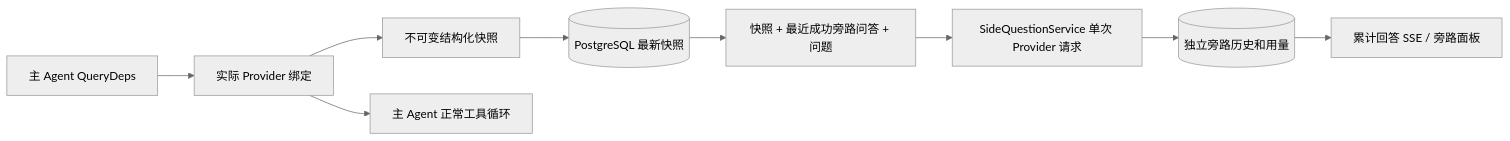
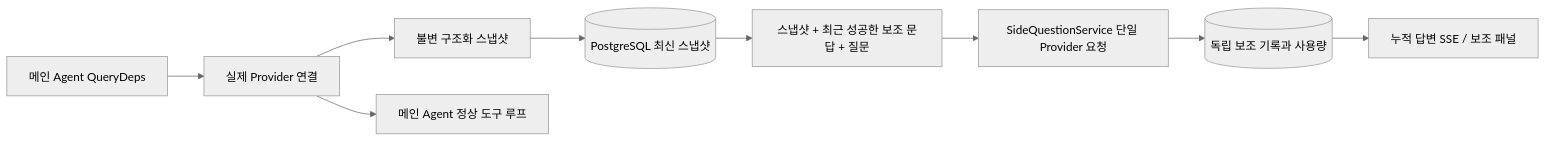
Before and after one commit to machossrc/ARTEX_KR: the diagram in sidequestion/README.md, drawn with Mermaid (neutral theme). The commit also changed other lines of this file and 145 other files, not shown here.

````diff
--- a/sidequestion/README.md
+++ b/sidequestion/README.md
@@ -11,11 +11,11 @@
 ```mermaid
 flowchart LR
-    A[主 Agent QueryDeps] --> B[实际 Provider 绑定]
-    B --> C[不可变结构化快照]
-    B --> D[主 Agent 正常工具循环]
-    C --> E[(PostgreSQL 最新快照)]
-    E --> F[快照 + 最近成功旁路问答 + 问题]
-    F --> G[SideQuestionService 单次 Provider 请求]
-    G --> H[(独立旁路历史和用量)]
-    H --> I[累计回答 SSE / 旁路面板]
+    A[메인 Agent QueryDeps] --> B[실제 Provider 연결]
+    B --> C[불변 구조화 스냅샷]
+    B --> D[메인 Agent 정상 도구 루프]
+    C --> E[(PostgreSQL 최신 스냅샷)]
+    E --> F[스냅샷 + 최근 성공한 보조 문답 + 질문]
+    F --> G[SideQuestionService 단일 Provider 요청]
+    G --> H[(독립 보조 기록과 사용량)]
+    H --> I[누적 답변 SSE / 보조 패널]
 ```
````
